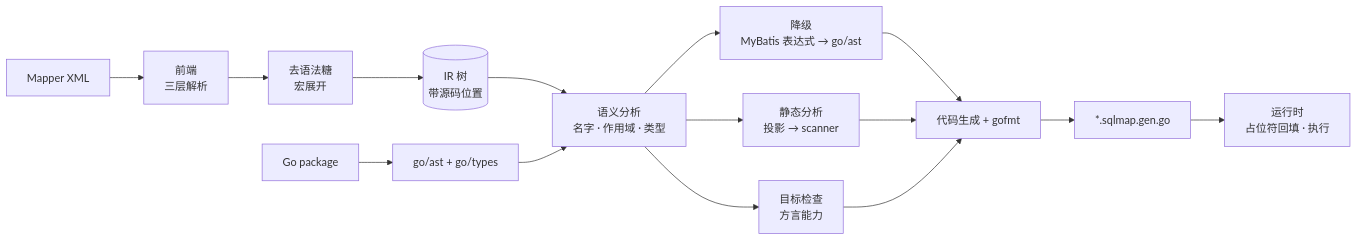
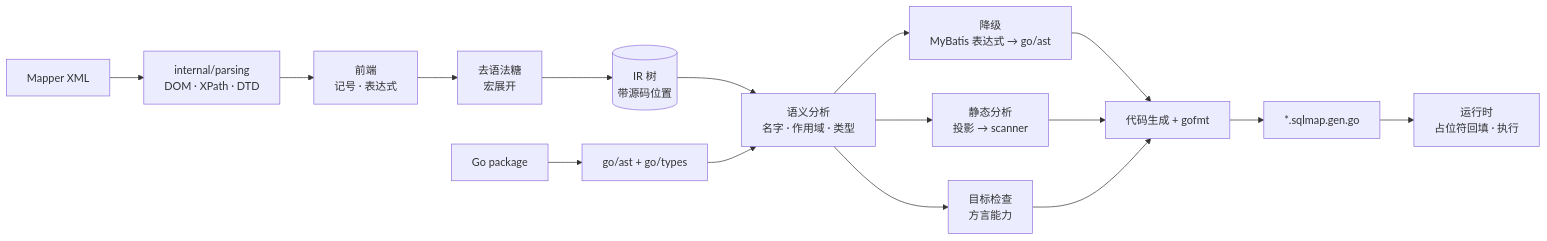
The diagram in docs/blog/introducing-yourbatis.md (superduck-ai/yourbatis), drawn with Mermaid before and after one commit. The commit also changed other lines of this file, not shown here.

First line of the commit message:
docs: describe internal/parsing DOM and XPath layer in blog post

````diff
--- a/docs/blog/introducing-yourbatis.md
+++ b/docs/blog/introducing-yourbatis.md
@@ -208,17 +208,18 @@
 ```mermaid
 flowchart LR
-    X[Mapper XML] --> P[前端<br/>三层解析]
+    X[Mapper XML] --> DOM[internal/parsing<br/>DOM · XPath · DTD]
+    DOM --> P[前端<br/>记号 · 表达式]
     P --> D[去语法糖<br/>宏展开]
     D --> IR[(IR 树<br/>带源码位置)]
     G[Go package] --> T[go/ast + go/types]
     IR --> S[语义分析<br/>名字 · 作用域 · 类型]
     T --> S
     S --> L[降级<br/>MyBatis 表达式 → go/ast]
     S --> A[静态分析<br/>投影 → scanner]
     S --> C[目标检查<br/>方言能力]
     L --> E[代码生成 + gofmt]
     A --> E
     C --> E
     E --> GEN[*.sqlmap.gen.go]
     GEN --> RT[运行时<br/>占位符回填 · 执行]
 ```
````
